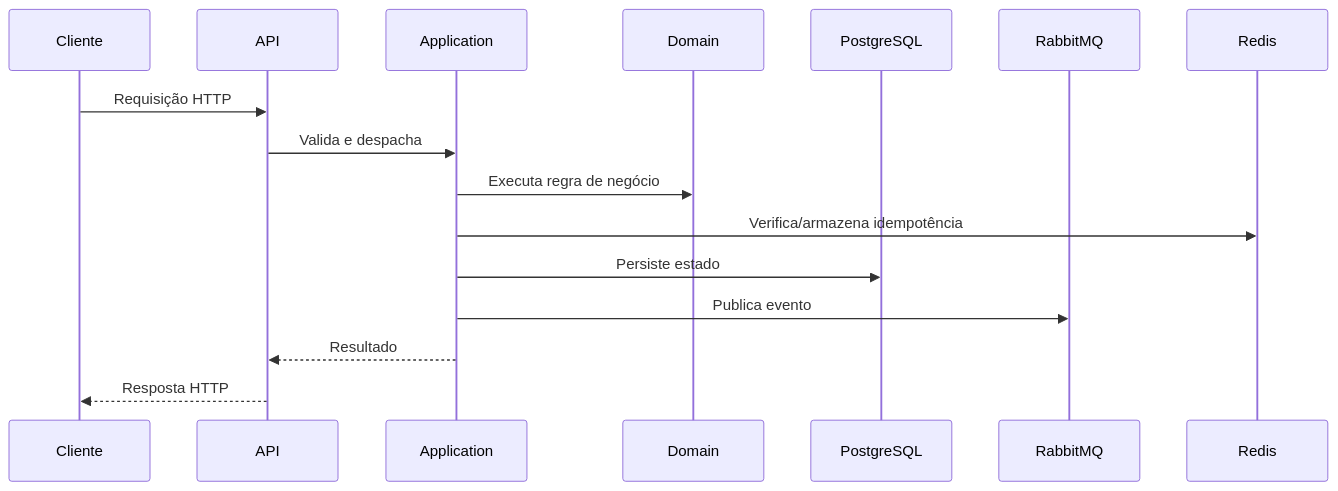
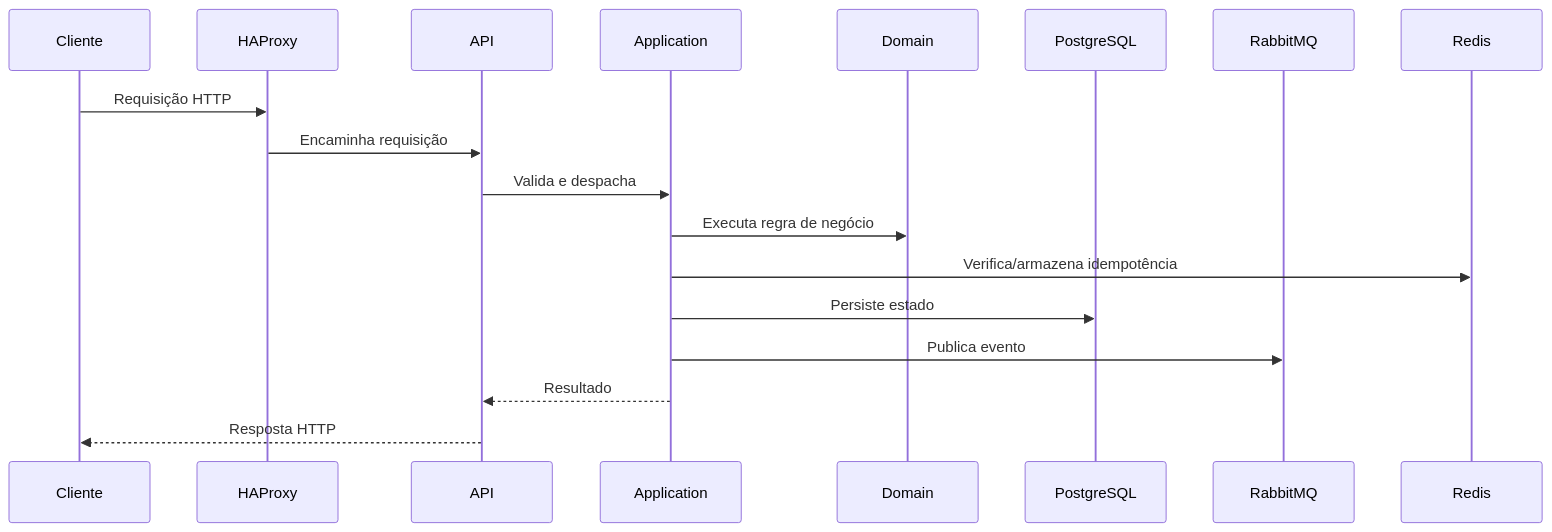
Before and after one commit to diogomassis/pagueveloz: the second of 2 diagrams in .github/.md/README.pt-br.md, drawn with Mermaid. The commit also changed other lines of this file and 1 other file, not shown here.

Commit message:
docs: update architecture diagrams to include HAProxy in request flow

````diff
--- a/.github/.md/README.pt-br.md
+++ b/.github/.md/README.pt-br.md
@@ -82,19 +83,21 @@
 ```mermaid
 sequenceDiagram
  participant C as Cliente
+ participant H as HAProxy
  participant A as API
  participant U as Application
  participant D as Domain
  participant P as PostgreSQL
  participant R as RabbitMQ
  participant X as Redis
 
- C->>A: Requisição HTTP
+ C->>H: Requisição HTTP
+ H->>A: Encaminha requisição
  A->>U: Valida e despacha
  U->>D: Executa regra de negócio
  U->>X: Verifica/armazena idempotência
  U->>P: Persiste estado
  U->>R: Publica evento
  U-->>A: Resultado
  A-->>C: Resposta HTTP
 ```
````
